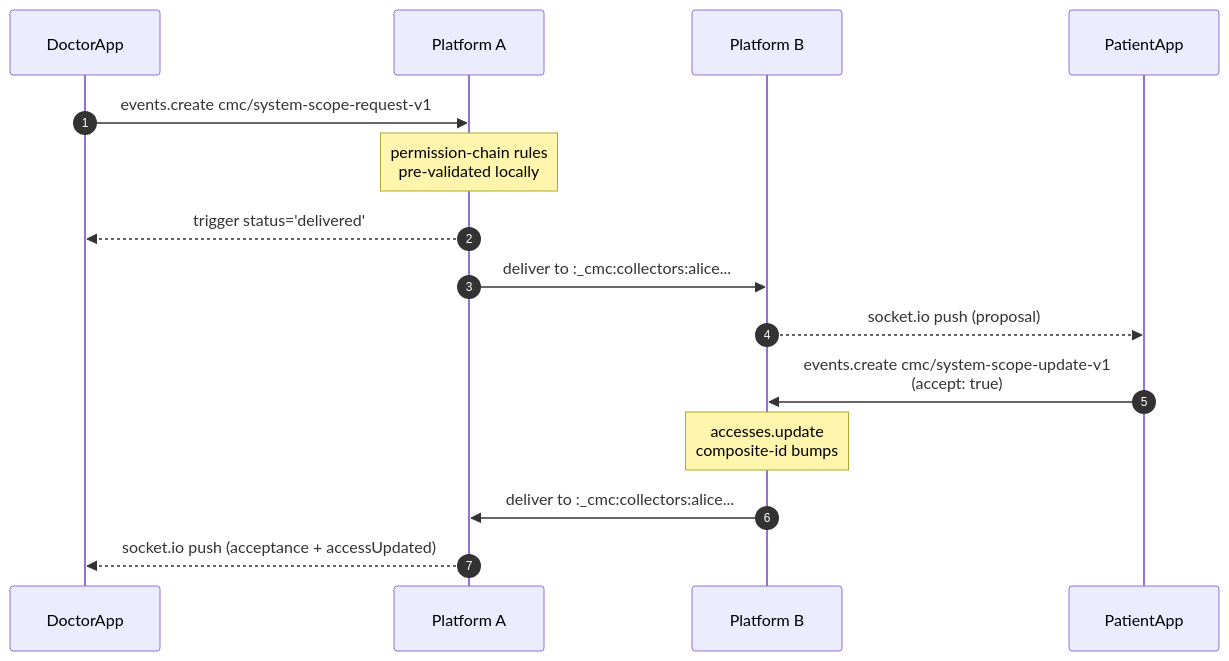
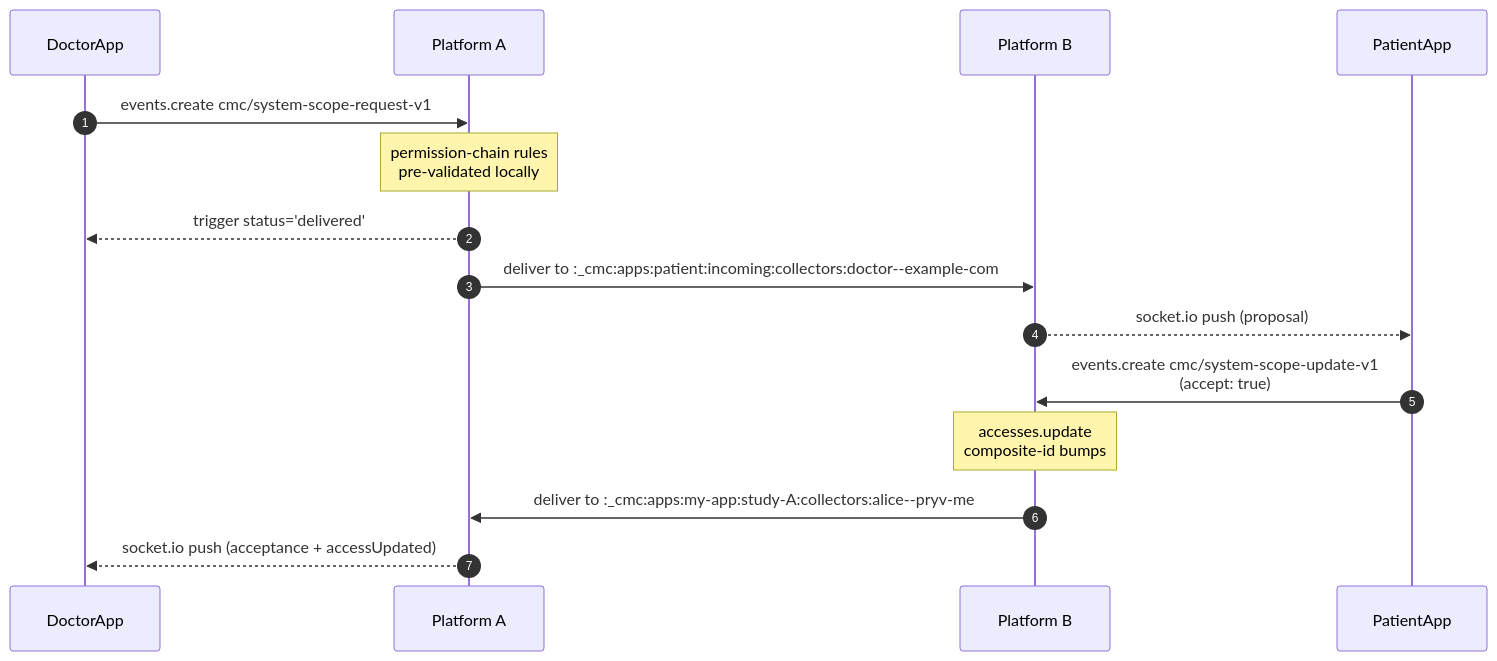
One commit to pryv/open-pryv.io changed the fourth of 5 diagrams in components/cmc/IMPLEMENTERS-GUIDE.md. Above: the diagram before and after it, drawn with Mermaid. The commit also changed other lines of this file and 2 other files, not shown here.

First line of the commit message:
plan 68 — docs: rewrite to nested-under-apps namespace

````diff
--- a/components/cmc/IMPLEMENTERS-GUIDE.md
+++ b/components/cmc/IMPLEMENTERS-GUIDE.md
@@ -490,18 +490,18 @@
 ```mermaid
 sequenceDiagram
     autonumber
     participant DoctorApp
     participant PlatformA as Platform A
     participant PlatformB as Platform B
     participant PatientApp
 
     DoctorApp->>PlatformA: events.create cmc/system-scope-request-v1
     Note over PlatformA: permission-chain rules<br/>pre-validated locally
     PlatformA-->>DoctorApp: trigger status='delivered'
-    PlatformA->>PlatformB: deliver to :_cmc:collectors:alice...
+    PlatformA->>PlatformB: deliver to :_cmc:apps:patient:incoming:collectors:doctor--example-com
     PlatformB-->>PatientApp: socket.io push (proposal)
     PatientApp->>PlatformB: events.create cmc/system-scope-update-v1<br/>(accept: true)
     Note over PlatformB: accesses.update<br/>composite-id bumps
-    PlatformB->>PlatformA: deliver to :_cmc:collectors:alice...
+    PlatformB->>PlatformA: deliver to :_cmc:apps:my-app:study-A:collectors:alice--pryv-me
     PlatformA-->>DoctorApp: socket.io push (acceptance + accessUpdated)
 ```
````
